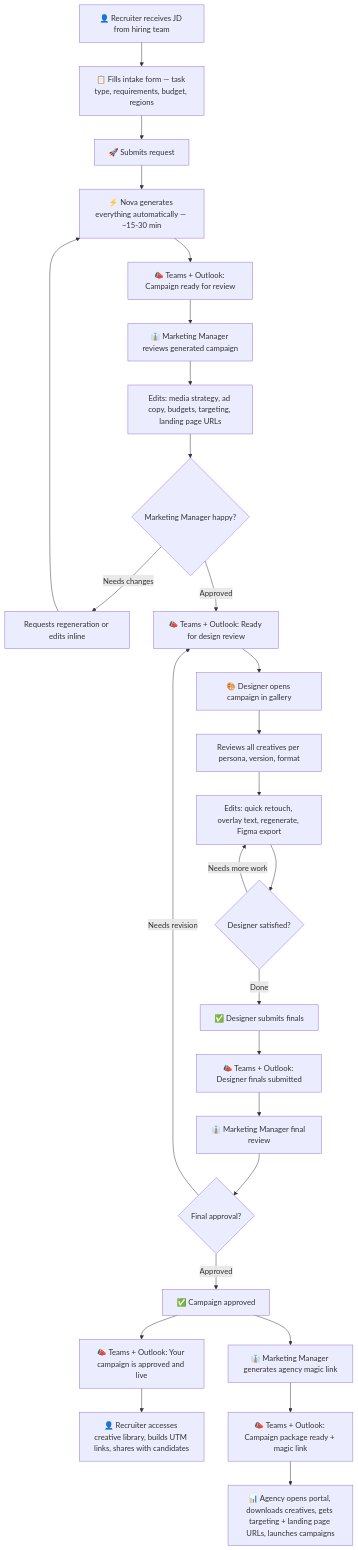
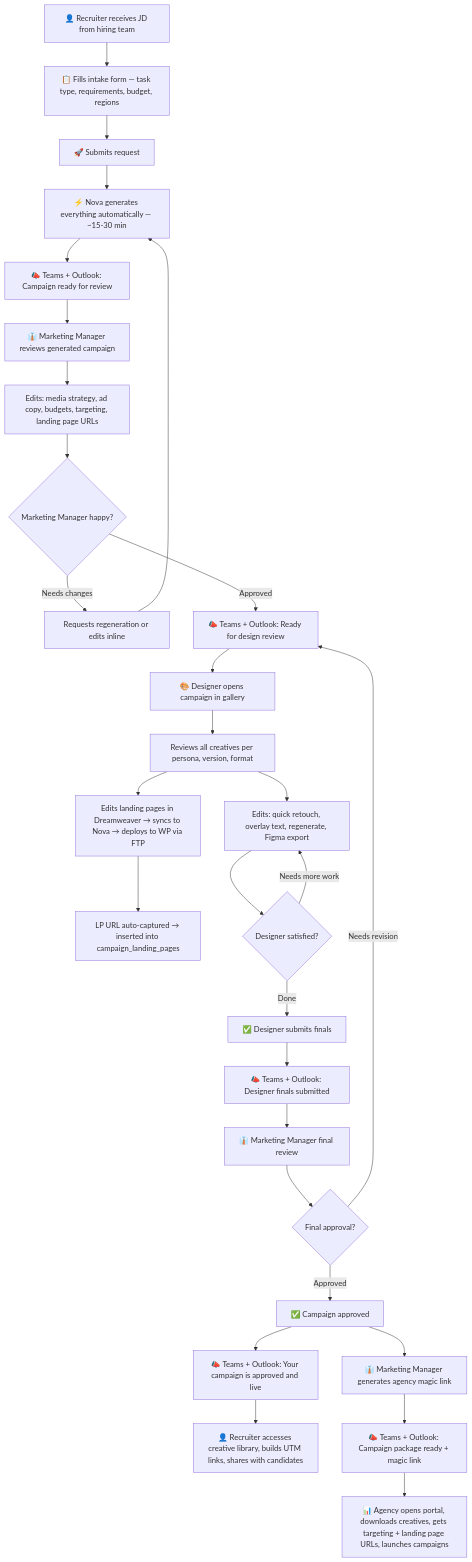
One commit to panp1/OneTake changed the sixth of 6 diagrams in docs/workflow/nova-workflow-maps.md. Above: the diagram before and after it, drawn with Mermaid. The commit also changed other lines of this file and 13 other files, not shown here.

First line of the commit message:
docs: correct all model references, add gating details, LP deploy flow

````diff
--- a/docs/workflow/nova-workflow-maps.md
+++ b/docs/workflow/nova-workflow-maps.md
@@ -303,38 +311,40 @@
 ```mermaid
 flowchart TD
     R1[👤 Recruiter receives JD from hiring team]
     R1 --> R2[📋 Fills intake form — task type, requirements, budget, regions]
     R2 --> R3[🚀 Submits request]
 
     R3 --> AUTO[⚡ Nova generates everything automatically — ~15-30 min]
 
     AUTO --> N1[📣 Teams + Outlook: Campaign ready for review]
     N1 --> M1[👔 Marketing Manager reviews generated campaign]
     M1 --> M2[Edits: media strategy, ad copy, budgets, targeting, landing page URLs]
 
     M2 --> MG{Marketing Manager happy?}
     MG -->|Needs changes| M3[Requests regeneration or edits inline]
     M3 --> AUTO
     MG -->|Approved| N2[📣 Teams + Outlook: Ready for design review]
 
     N2 --> D1[🎨 Designer opens campaign in gallery]
     D1 --> D2[Reviews all creatives per persona, version, format]
     D2 --> D3[Edits: quick retouch, overlay text, regenerate, Figma export]
+    D2 --> D3a[Edits landing pages in Dreamweaver → syncs to Nova → deploys to WP via FTP]
+    D3a --> D3b[LP URL auto-captured → inserted into campaign_landing_pages]
 
     D3 --> DG{Designer satisfied?}
     DG -->|Needs more work| D3
     DG -->|Done| D4[✅ Designer submits finals]
 
     D4 --> N3[📣 Teams + Outlook: Designer finals submitted]
     N3 --> M4[👔 Marketing Manager final review]
     M4 --> FG{Final approval?}
     FG -->|Needs revision| N2
     FG -->|Approved| M5[✅ Campaign approved]
 
     M5 --> N4[📣 Teams + Outlook: Your campaign is approved and live]
     N4 --> R4[👤 Recruiter accesses creative library, builds UTM links, shares with candidates]
 
     M5 --> M6[👔 Marketing Manager generates agency magic link]
     M6 --> N5[📣 Teams + Outlook: Campaign package ready + magic link]
     N5 --> A1[📊 Agency opens portal, downloads creatives, gets targeting + landing page URLs, launches campaigns]
 ```
````
